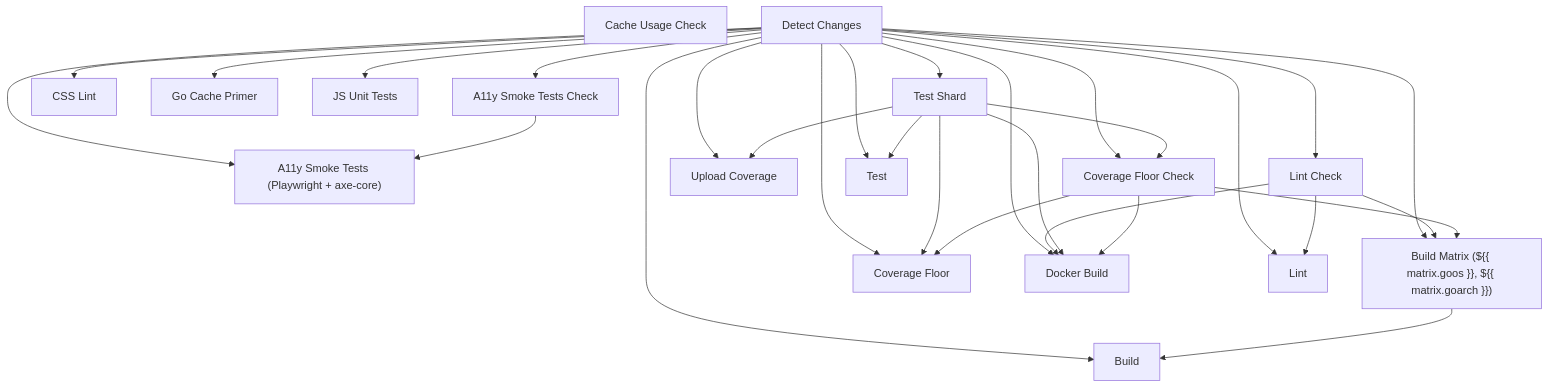
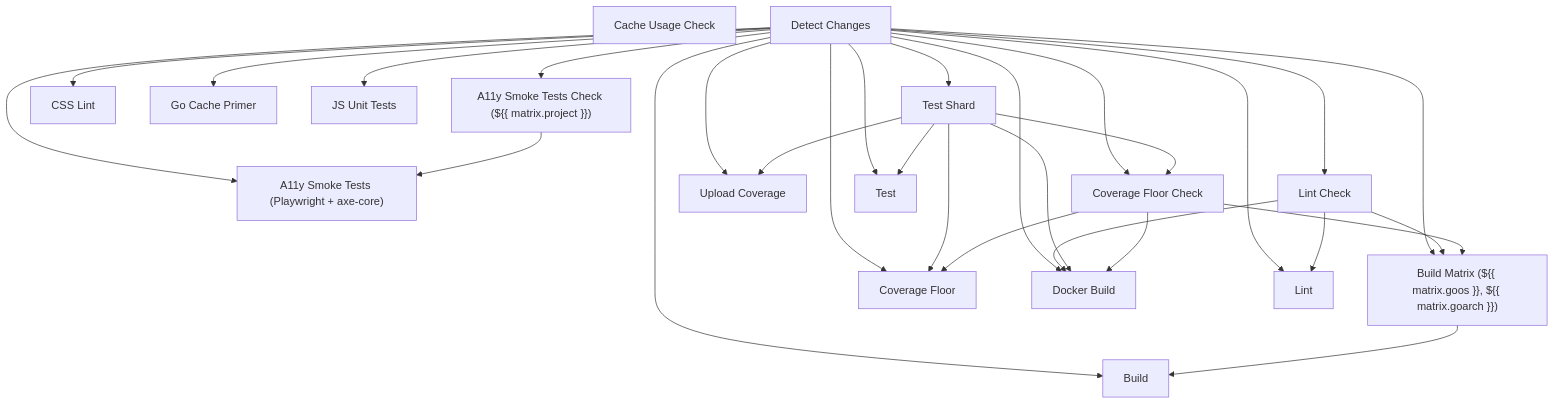
One commit to sydlexius/stillwater changed the diagram in docs/_generated/ci-reference.md. Above: the diagram before and after it, drawn with Mermaid. The commit also changed 1 other file, not shown here.

First paragraph of the commit message:
perf(ci): shard the a11y smoke tier by Playwright project (#3185)
* perf(ci): shard the a11y smoke tier by Playwright project (#3183)

````diff
--- a/docs/_generated/ci-reference.md
+++ b/docs/_generated/ci-reference.md
@@ -9,49 +9,49 @@
 ```mermaid
 flowchart TD
     a11y_summary["A11y Smoke Tests (Playwright + axe-core)"]
-    a11y_test["A11y Smoke Tests Check"]
+    a11y_test["A11y Smoke Tests Check (${{ matrix.project }})"]
     build["Build"]
     build_matrix["Build Matrix (${{ matrix.goos }}, ${{ matrix.goarch }})"]
     cache_usage["Cache Usage Check"]
     changes["Detect Changes"]
     coverage_floor["Coverage Floor Check"]
     coverage_floor_summary["Coverage Floor"]
     coverage_upload["Upload Coverage"]
     css_lint["CSS Lint"]
     docker["Docker Build"]
     go_cache_primer["Go Cache Primer"]
     js_test["JS Unit Tests"]
     lint["Lint Check"]
     lint_summary["Lint"]
     test["Test Shard"]
     test_summary["Test"]
 
     changes --> a11y_summary
     a11y_test --> a11y_summary
     changes --> a11y_test
     changes --> build
     build_matrix --> build
     changes --> build_matrix
     lint --> build_matrix
     coverage_floor --> build_matrix
     changes --> coverage_floor
     test --> coverage_floor
     changes --> coverage_floor_summary
     test --> coverage_floor_summary
     coverage_floor --> coverage_floor_summary
     changes --> coverage_upload
     test --> coverage_upload
     changes --> css_lint
     changes --> docker
     lint --> docker
     test --> docker
     coverage_floor --> docker
     changes --> go_cache_primer
     changes --> js_test
     changes --> lint
     changes --> lint_summary
     lint --> lint_summary
     changes --> test
     changes --> test_summary
     test --> test_summary
 ```
````
